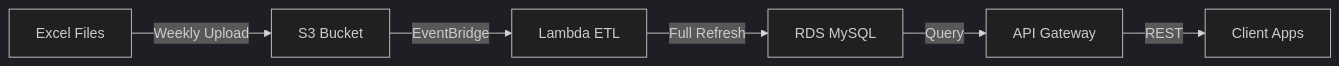
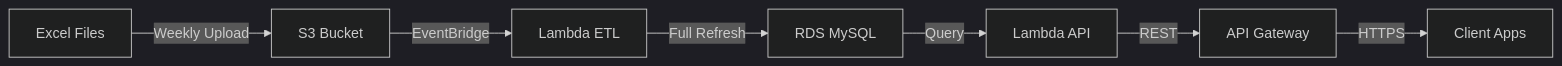
One commit to GMartin-Data/e1-certification changed the diagram in README.md. Above: the diagram before and after it, drawn with Mermaid (dark theme). The commit also changed other lines of this file and 2 other files, not shown here.

First line of the commit message:
docs(api): add comprehensive API documentation

````diff
--- a/README.md
+++ b/README.md
@@ -56,8 +64,9 @@
 ```mermaid
 graph LR
     A[Excel Files] -->|Weekly Upload| B[S3 Bucket]
     B -->|EventBridge| C[Lambda ETL]
     C -->|Full Refresh| D[RDS MySQL]
-    D -->|Query| E[API Gateway]
-    E -->|REST| F[Client Apps]
+    D -->|Query| E[Lambda API]
+    E -->|REST| F[API Gateway]
+    F -->|HTTPS| G[Client Apps]
 ```
````
